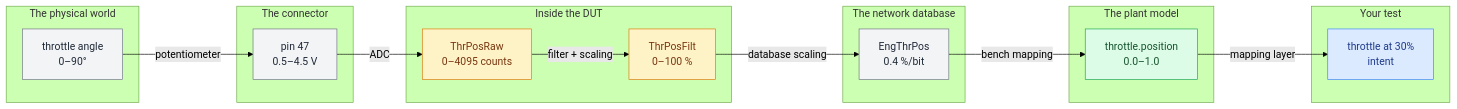
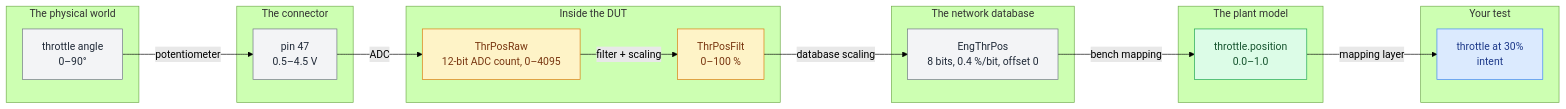
One commit to aliaro-ab/hil-fundamentals changed the diagram in one-signal-five-names.md. Above: the diagram before and after it, drawn with Mermaid (forest theme). The commit also changed other lines of this file and 29 other files, not shown here.

````diff
--- a/one-signal-five-names.md
+++ b/one-signal-five-names.md
@@ -14,38 +14,38 @@
 ```mermaid
 flowchart LR
     subgraph SW["The physical world"]
         W["throttle angle<br/>0–90°"]
     end
     subgraph SP["The connector"]
         P["pin 47<br/>0.5–4.5 V"]
     end
     subgraph SD["Inside the DUT"]
-        R["ThrPosRaw<br/>0–4095 counts"]
+        R["ThrPosRaw<br/>12-bit ADC count, 0–4095"]
         F["ThrPosFilt<br/>0–100 %"]
     end
     subgraph SN["The network database"]
-        N["EngThrPos<br/>0.4 %/bit"]
+        N["EngThrPos<br/>8 bits, 0.4 %/bit, offset 0"]
     end
     subgraph SM["The plant model"]
         M["throttle.position<br/>0.0–1.0"]
     end
     subgraph ST["Your test"]
         T["throttle at 30%<br/>intent"]
     end
 
     W -- potentiometer --> P
     P -- ADC --> R
     R -- "filter + scaling" --> F
     F -- "database scaling" --> N
     N -- "bench mapping" --> M
     M -- "mapping layer" --> T
 
     classDef yours fill:#dbeafe,stroke:#3b82f6,color:#1e3a8a
     classDef dut fill:#fef3c7,stroke:#d97706,color:#78350f
     classDef model fill:#dcfce7,stroke:#16a34a,color:#14532d
     classDef world fill:#f3f4f6,stroke:#6b7280,color:#1f2937
     class T yours
     class R,F dut
     class M model
     class W,P,N world
 ```
````
